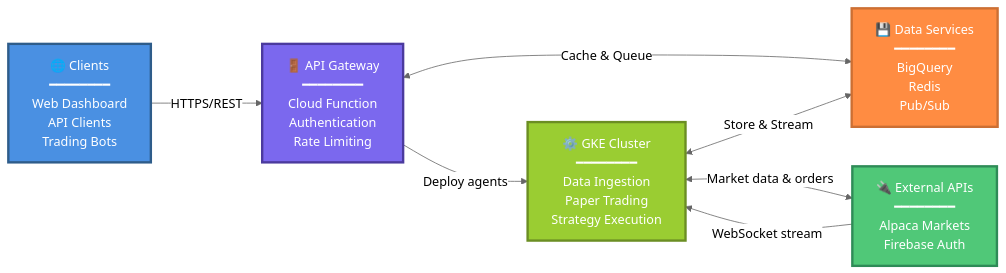
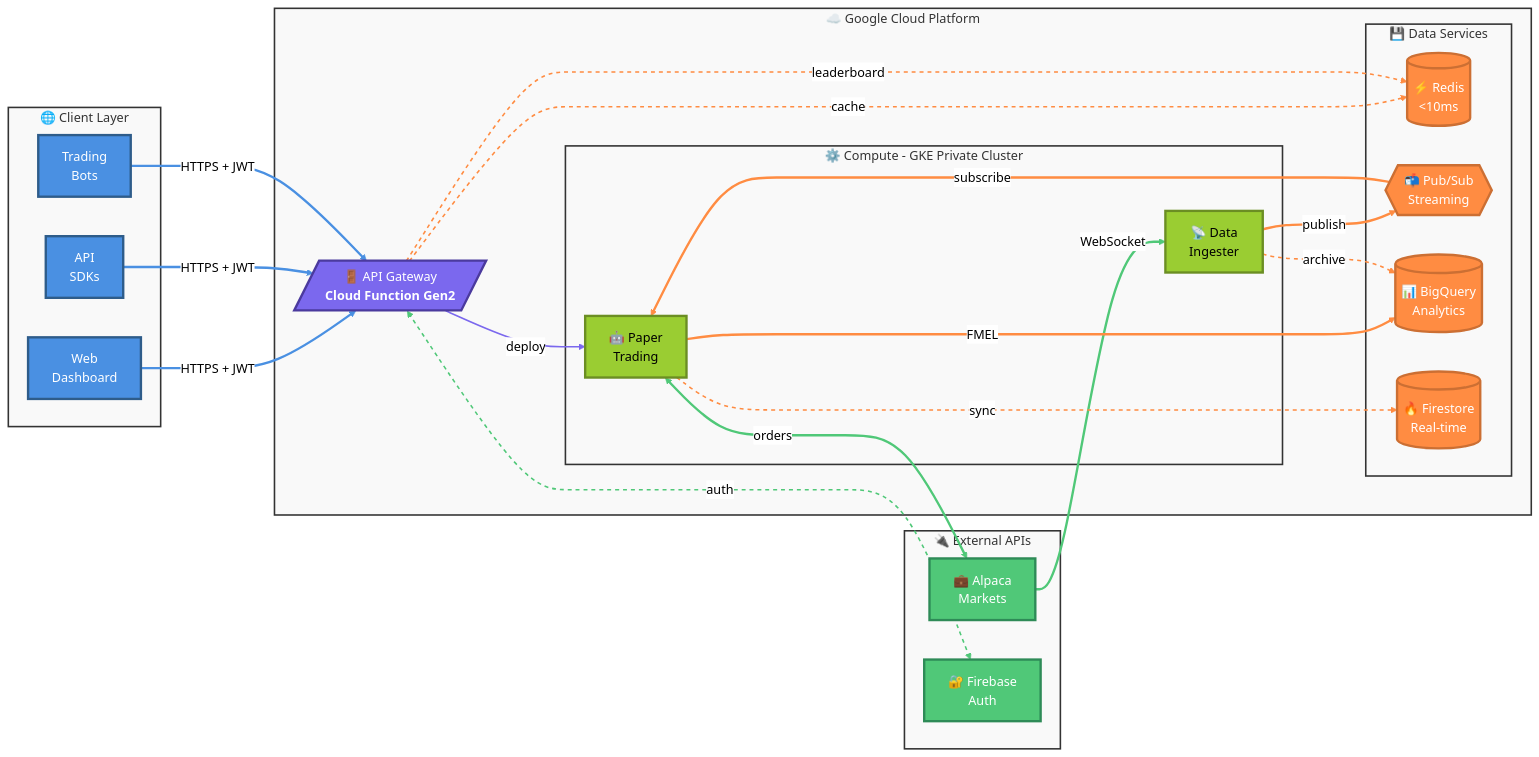
Before and after one commit to Spooky-Labs/The-Farm-Mark-II: the first of 7 diagrams in README.md, drawn with Mermaid (neutral theme). The commit also changed other lines of this file, not shown here.

````diff
--- a/README.md
+++ b/README.md
@@ -24,31 +29,72 @@
 ```mermaid
-flowchart LR
-    clients["🌐 Clients<br/>━━━━━━━━<br/>Web Dashboard<br/>API Clients<br/>Trading Bots"]
+graph LR
+    subgraph clients["🌐 Client Layer"]
+        web["Web<br/>Dashboard"]
+        sdk["API<br/>SDKs"]
+        bots["Trading<br/>Bots"]
+    end
 
-    gateway["🚪 API Gateway<br/>━━━━━━━━<br/>Cloud Function<br/>Authentication<br/>Rate Limiting"]
+    subgraph gcp["☁️ Google Cloud Platform"]
+        gateway[/"🚪 API Gateway<br/><b>Cloud Function Gen2</b>"/]
 
-    gke["⚙️ GKE Cluster<br/>━━━━━━━━<br/>Data Ingestion<br/>Paper Trading<br/>Strategy Execution"]
+        subgraph compute["⚙️ Compute - GKE Private Cluster"]
+            ingester["📡 Data<br/>Ingester"]
+            traders["🤖 Paper<br/>Trading"]
+        end
 
-    data["💾 Data Services<br/>━━━━━━━━<br/>BigQuery<br/>Redis<br/>Pub/Sub"]
+        subgraph dataLayer["💾 Data Services"]
+            redis[("⚡ Redis<br/><10ms")]
+            pubsub{{"📬 Pub/Sub<br/>Streaming"}}
+            bq[("📊 BigQuery<br/>Analytics")]
+            firestore[("🔥 Firestore<br/>Real-time")]
+        end
+    end
 
-    external["🔌 External APIs<br/>━━━━━━━━<br/>Alpaca Markets<br/>Firebase Auth"]
+    subgraph external["🔌 External APIs"]
+        alpaca["💼 Alpaca<br/>Markets"]
+        firebase["🔐 Firebase<br/>Auth"]
+    end
 
-    clients -->|"HTTPS/REST"| gateway
-    gateway <-->|"Cache & Queue"| data
-    gateway -->|"Deploy agents"| gke
-    gke <-->|"Market data & orders"| external
-    gke <-->|"Store & Stream"| data
-    external -->|"WebSocket stream"| gke
+    web & sdk & bots ==>|HTTPS + JWT| gateway
+    gateway -.->|cache| redis
+    gateway -->|deploy| traders
+    gateway <-.->|auth| firebase
 
-    classDef clientStyle fill:#4A90E2,stroke:#2E5C8A,stroke-width:3px,color:#fff
-    classDef gatewayStyle fill:#7B68EE,stroke:#4B3A9E,stroke-width:3px,color:#fff
-    classDef computeStyle fill:#9ACD32,stroke:#6B8E23,stroke-width:3px,color:#fff
-    classDef dataStyle fill:#FF8C42,stroke:#CC6F33,stroke-width:3px,color:#fff
-    classDef externalStyle fill:#50C878,stroke:#2E8B57,stroke-width:3px,color:#fff
+    alpaca ==>|WebSocket| ingester
+    ingester ==>|publish| pubsub
+    pubsub ==>|subscribe| traders
 
-    class clients clientStyle
-    class gateway gatewayStyle
-    class gke computeStyle
-    class data dataStyle
-    class external externalStyle
+    traders <===>|orders| alpaca
+    traders ==>|FMEL| bq
+    traders -.->|sync| firestore
+
+    ingester -.->|archive| bq
+    gateway -.->|leaderboard| redis
+
+    classDef clientNode fill:#4A90E2,stroke:#2E5C8A,stroke-width:3px,color:#fff
+    classDef gatewayNode fill:#7B68EE,stroke:#4B3A9E,stroke-width:3px,color:#fff
+    classDef computeNode fill:#9ACD32,stroke:#6B8E23,stroke-width:3px,color:#000
+    classDef dataNode fill:#FF8C42,stroke:#CC6F33,stroke-width:3px,color:#fff
+    classDef externalNode fill:#50C878,stroke:#2E8B57,stroke-width:3px,color:#fff
+    classDef subgraphStyle fill:#f9f9f9,stroke:#333,stroke-width:2px
+
+    class web,sdk,bots clientNode
+    class gateway gatewayNode
+    class ingester,traders computeNode
+    class redis,pubsub,bq,firestore dataNode
+    class alpaca,firebase externalNode
+    class clients,gcp,compute,dataLayer,external subgraphStyle
+
+    linkStyle 0,1,2 stroke:#4A90E2,stroke-width:3px
+    linkStyle 3 stroke:#FF8C42,stroke-width:2px,stroke-dasharray: 5
+    linkStyle 4 stroke:#7B68EE,stroke-width:2px
+    linkStyle 5 stroke:#50C878,stroke-width:2px,stroke-dasharray: 5
+    linkStyle 6 stroke:#50C878,stroke-width:3px
+    linkStyle 7 stroke:#FF8C42,stroke-width:3px
+    linkStyle 8 stroke:#FF8C42,stroke-width:3px
+    linkStyle 9 stroke:#50C878,stroke-width:3px
+    linkStyle 10 stroke:#FF8C42,stroke-width:3px
+    linkStyle 11 stroke:#FF8C42,stroke-width:2px,stroke-dasharray: 5
+    linkStyle 12 stroke:#FF8C42,stroke-width:2px,stroke-dasharray: 5
+    linkStyle 13 stroke:#FF8C42,stroke-width:2px,stroke-dasharray: 5
 ```
````
